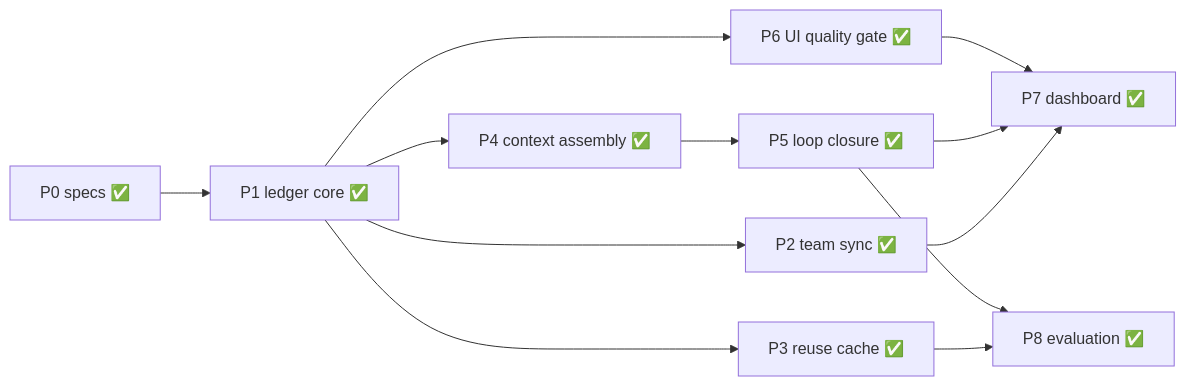
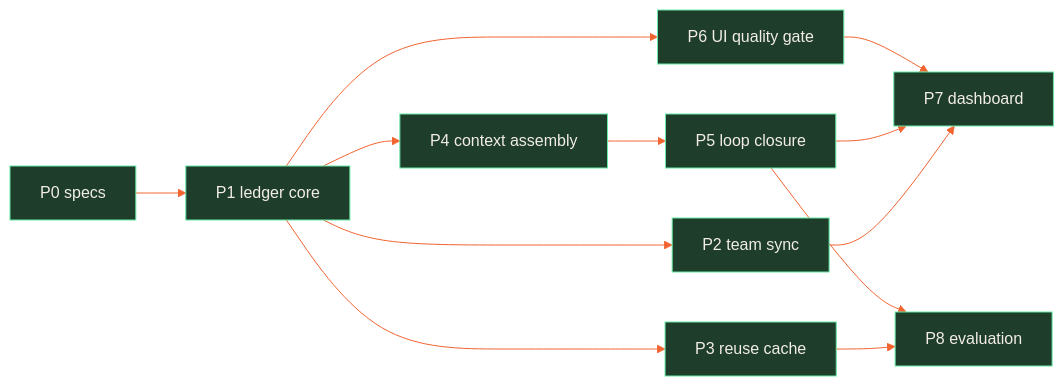
One commit to CodeWithJuber/forgekit changed the diagram in docs/plans/substrate-v2/00-overview.md. Above: the diagram before and after it, drawn with Mermaid. The commit also changed other lines of this file and 19 other files, not shown here.

Commit message:
feat(release,docs,ui): auto-release on merge + self-enforcing docs/diagram/UI guards

````diff
--- a/docs/plans/substrate-v2/00-overview.md
+++ b/docs/plans/substrate-v2/00-overview.md
@@ -68,14 +70,17 @@
 ```mermaid
+%%{init: {'theme':'base','themeVariables':{'primaryColor':'#201a15','primaryTextColor':'#f2ede7','primaryBorderColor':'#372c22','lineColor':'#f26430','secondaryColor':'#272019','tertiaryColor':'#171310','fontFamily':'ui-sans-serif, system-ui, sans-serif'}}}%%
 flowchart LR
-    P0["P0 specs ✅"] --> P1["P1 ledger core ✅"]
-    P1 --> P2["P2 team sync ✅"]
-    P1 --> P3["P3 reuse cache ✅"]
-    P1 --> P4["P4 context assembly ✅"]
-    P1 --> P6["P6 UI quality gate ✅"]
-    P4 --> P5["P5 loop closure ✅"]
-    P2 --> P7["P7 dashboard ✅"]
+    P0["P0 specs"] --> P1["P1 ledger core"]
+    P1 --> P2["P2 team sync"]
+    P1 --> P3["P3 reuse cache"]
+    P1 --> P4["P4 context assembly"]
+    P1 --> P6["P6 UI quality gate"]
+    P4 --> P5["P5 loop closure"]
+    P2 --> P7["P7 dashboard"]
     P5 --> P7
     P6 --> P7
-    P3 --> P8["P8 evaluation ✅"]
+    P3 --> P8["P8 evaluation"]
     P5 --> P8
+    classDef done fill:#1f3d2b,stroke:#67e8a5,color:#f2ede7;
+    class P0,P1,P2,P3,P4,P5,P6,P7,P8 done;
 ```
````
